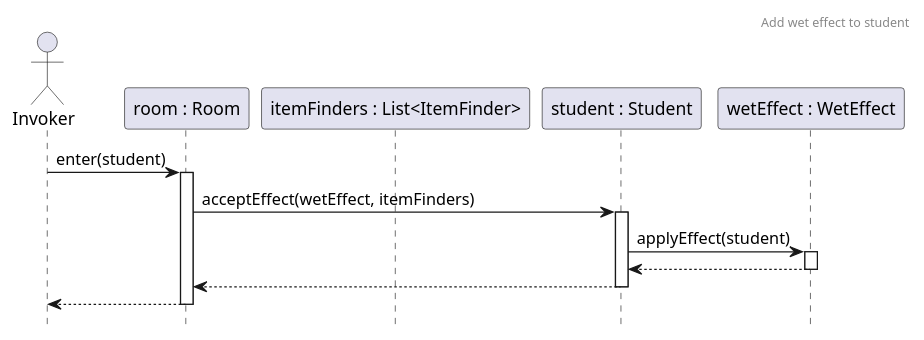
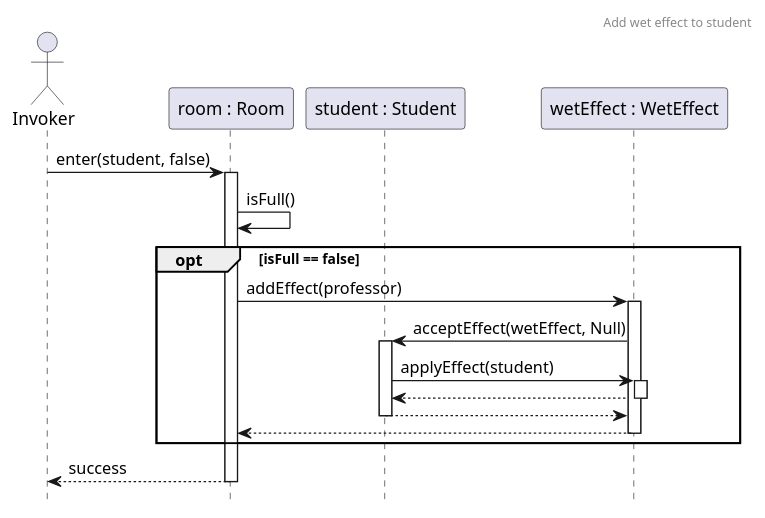
One commit to Kristof-me/Logarlec changed the diagram in docs/sequence/effect/wet/WetEffectStudent.puml. Above: the diagram before and after it, drawn with PlantUML. The commit also changed 4 other files, not shown here.

Commit message:
Checked Sequence 06-12

```diff
--- a/docs/sequence/effect/wet/WetEffectStudent.puml
+++ b/docs/sequence/effect/wet/WetEffectStudent.puml
@@ -1,21 +1,26 @@
 @startuml WetEffectStudent
 header Add wet effect to student
 hide footbox
 
 actor Controller as "Invoker"
 participant Room as "room : Room"
-participant List as "itemFinders : List<ItemFinder>"
 participant Actor as "student : Student"
-participant GasEffect as "wetEffect : WetEffect"
+participant WetEffect as "wetEffect : WetEffect"
 
-Controller -> Room : enter(student)
-activate Room
+Controller -> Room ++: enter(student, false)
+Room -> Room : isFull()
 
-Room -> Actor++: acceptEffect(wetEffect, itemFinders)
-Actor -> GasEffect++: applyEffect(student)
+opt isFull == false
 
+Room -> WetEffect ++: addEffect(professor)
+WetEffect -> Actor++: acceptEffect(wetEffect, Null)
+Actor -> WetEffect++: applyEffect(student)
 return
 return
 return
 
+end
+
+return success
+
 @enduml
```
